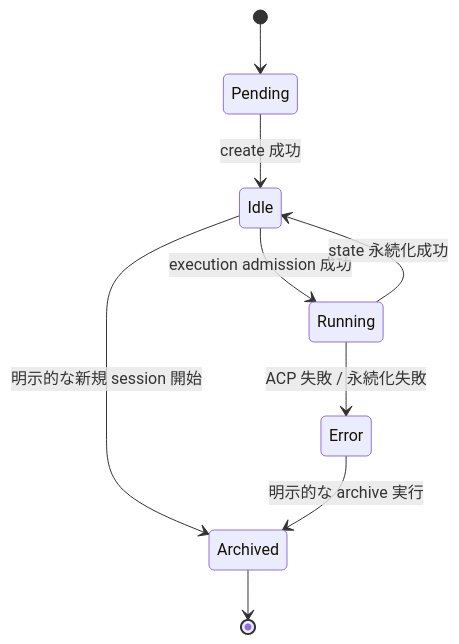
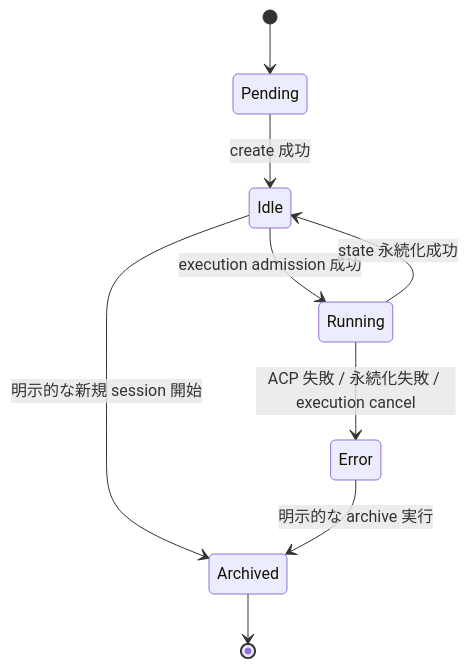
Before and after one commit to chalharu/copilot-sandbox-container: the fourth of 9 diagrams in docs/reference/orchestrator-basic-design.md, drawn with Mermaid. The commit also changed other lines of this file and 2 other files, not shown here.

````diff
--- a/docs/reference/orchestrator-basic-design.md
+++ b/docs/reference/orchestrator-basic-design.md
@@ -316,11 +321,11 @@
 ```mermaid
 stateDiagram-v2
   [*] --> Pending
   Pending --> Idle: create 成功
   Idle --> Running: execution admission 成功
   Running --> Idle: state 永続化成功
-  Running --> Error: ACP 失敗 / 永続化失敗
+  Running --> Error: ACP 失敗 / 永続化失敗 / execution cancel
   Idle --> Archived: 明示的な新規 session 開始
   Error --> Archived: 明示的な archive 実行
   Archived --> [*]
 ```
````
